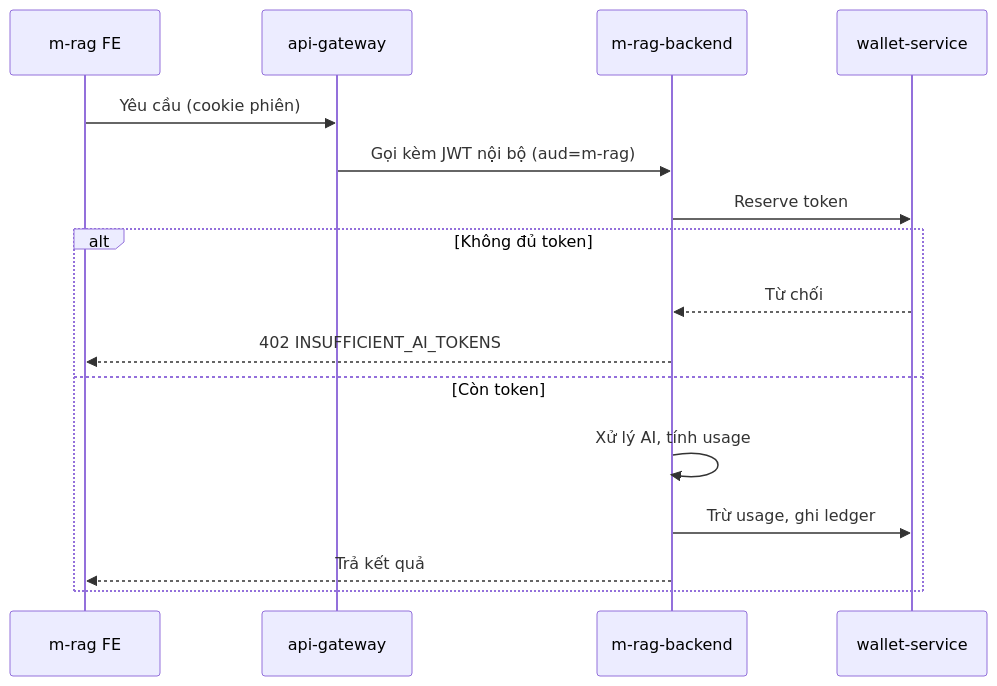
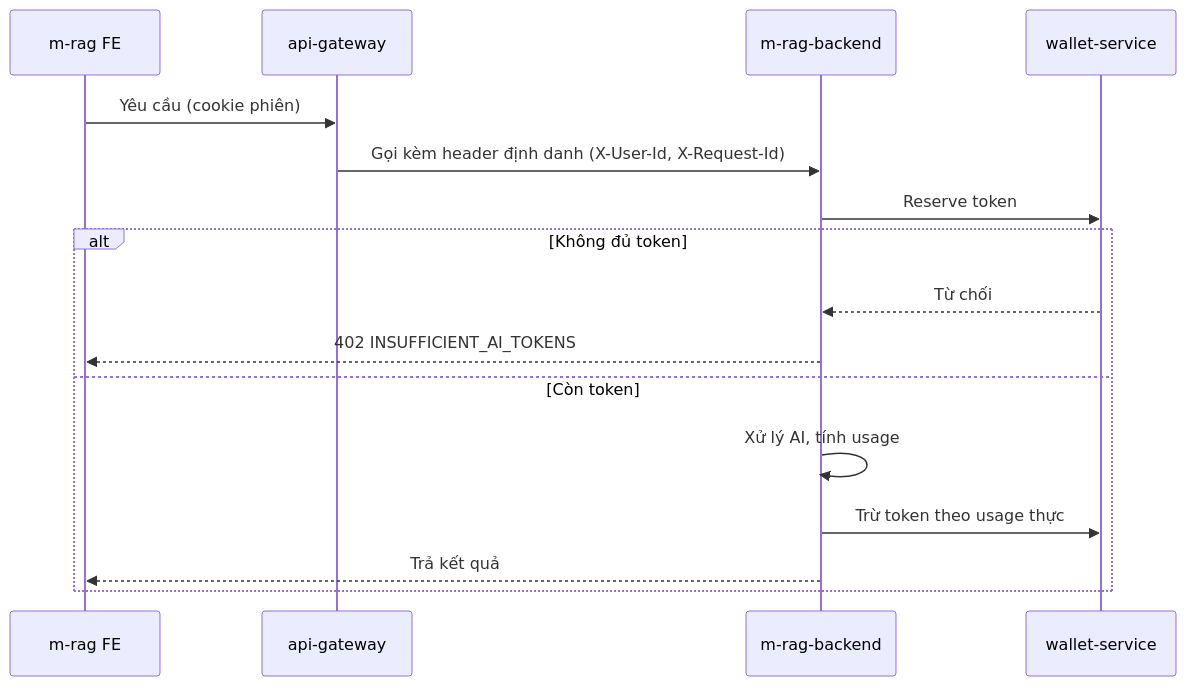
Before and after one commit to CVThien2k2/joytab: the fourth of 4 diagrams in docs/superapp-miniapp-auth-architecture-20260605.md, drawn with Mermaid. The commit also changed other lines of this file and 1 other file, not shown here.

````diff
--- a/docs/superapp-miniapp-auth-architecture-20260605.md
+++ b/docs/superapp-miniapp-auth-architecture-20260605.md
@@ -188,19 +197,19 @@
 ```mermaid
 sequenceDiagram
     participant FE as m-rag FE
     participant API as api-gateway
     participant Mini as m-rag-backend
     participant W as wallet-service
 
     FE->>API: Yêu cầu (cookie phiên)
-    API->>Mini: Gọi kèm JWT nội bộ (aud=m-rag)
+    API->>Mini: Gọi kèm header định danh (X-User-Id, X-Request-Id)
     Mini->>W: Reserve token
     alt Không đủ token
         W-->>Mini: Từ chối
         Mini-->>FE: 402 INSUFFICIENT_AI_TOKENS
     else Còn token
         Mini->>Mini: Xử lý AI, tính usage
-        Mini->>W: Trừ usage, ghi ledger
+        Mini->>W: Trừ token theo usage thực
         Mini-->>FE: Trả kết quả
     end
 ```
````
